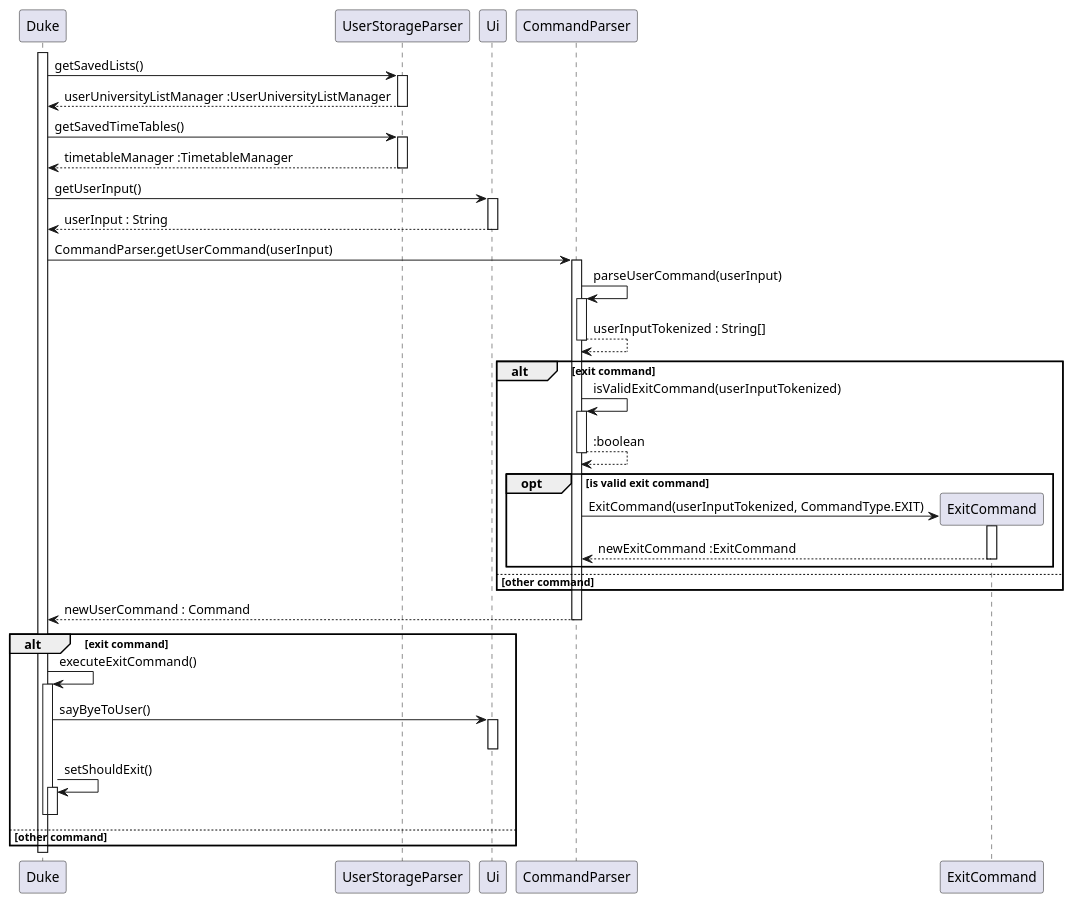
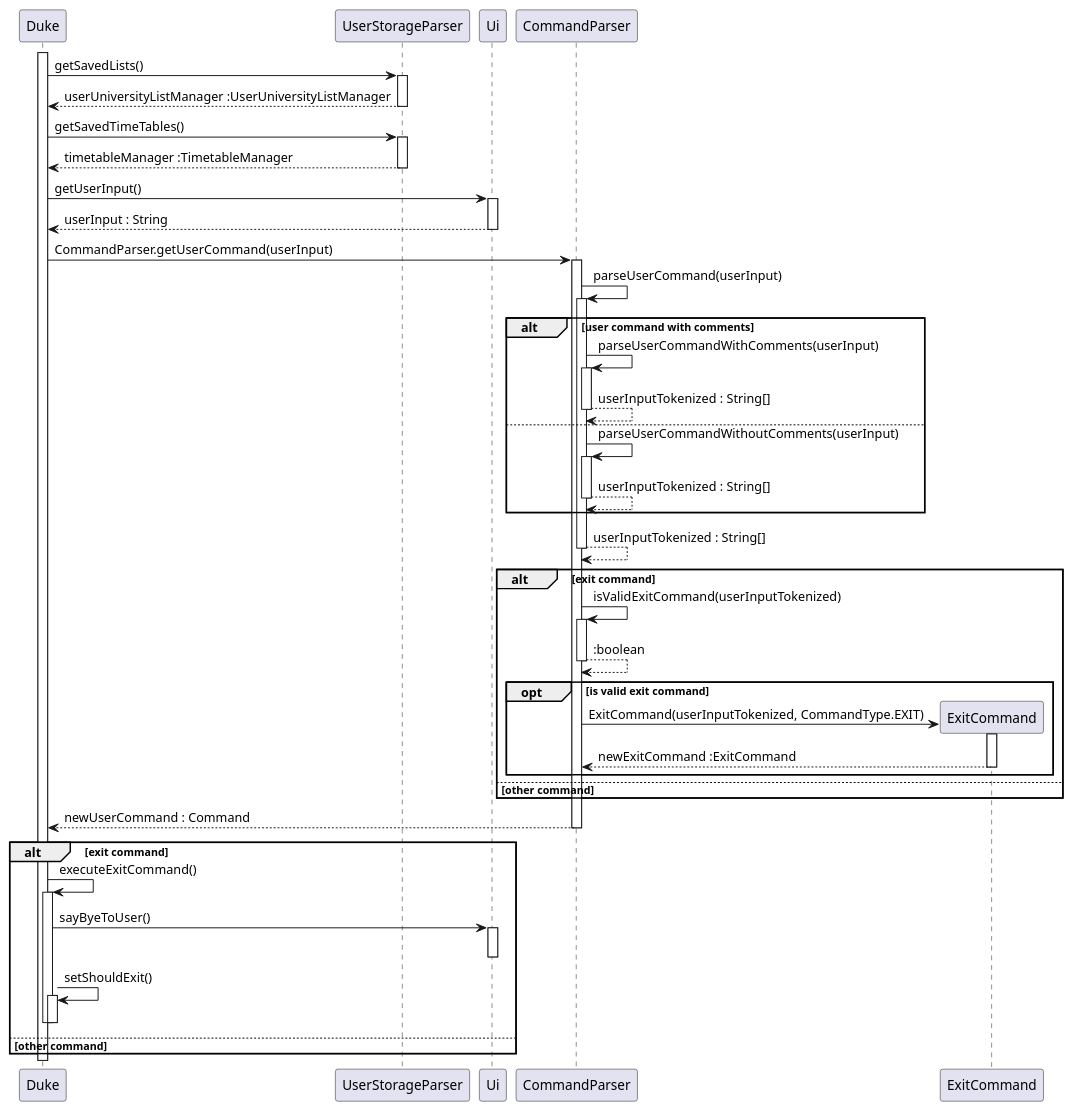
The diagram in docs/diagrams/ExitCommand_Sequence.puml (nus-cs2113-AY2223S1/tp), drawn with PlantUML before and after one commit. The commit also changed 16 other files, not shown here.

Commit message:
Update sequence diagrams for commands

```diff
--- a/docs/diagrams/ExitCommand_Sequence.puml
+++ b/docs/diagrams/ExitCommand_Sequence.puml
@@ -1,77 +1,92 @@
 @startuml
 
 activate Duke
 
 Duke -> UserStorageParser : getSavedLists()
 activate UserStorageParser
 
 UserStorageParser --> Duke : userUniversityListManager :UserUniversityListManager
 deactivate UserStorageParser
 
 Duke -> UserStorageParser : getSavedTimeTables()
 activate UserStorageParser
 
 UserStorageParser --> Duke : timetableManager :TimetableManager
 deactivate UserStorageParser
 
 Duke -> Ui : getUserInput()
 activate Ui
 
 Ui --> Duke : userInput : String
 deactivate Ui
 
 Duke -> CommandParser : CommandParser.getUserCommand(userInput)
 activate CommandParser
 
 CommandParser -> CommandParser : parseUserCommand(userInput)
 activate CommandParser
+
+alt user command with comments
+    CommandParser -> CommandParser : parseUserCommandWithComments(userInput)
+    activate CommandParser
+
+    CommandParser --> CommandParser : userInputTokenized : String[]
+    deactivate CommandParser
+
+else
+    CommandParser -> CommandParser : parseUserCommandWithoutComments(userInput)
+    activate CommandParser
+
+    CommandParser --> CommandParser : userInputTokenized : String[]
+    deactivate CommandParser 
+end
 
 CommandParser --> CommandParser : userInputTokenized : String[]
 deactivate CommandParser
 
 alt exit command
 
     CommandParser -> CommandParser : isValidExitCommand(userInputTokenized)
     activate CommandParser
 
     CommandParser --> CommandParser : :boolean
     deactivate CommandParser
 
     opt is valid exit command
 
         create ExitCommand
         CommandParser -> ExitCommand : ExitCommand(userInputTokenized, CommandType.EXIT)
         activate ExitCommand
 
         ExitCommand --> CommandParser : newExitCommand :ExitCommand
         deactivate ExitCommand
     end
 
 else other command
 
 end
 
 CommandParser --> Duke : newUserCommand : Command
 deactivate CommandParser
 
 alt exit command
 
 Duke -> Duke : executeExitCommand()
 activate Duke
 
    Duke -> Ui : sayByeToUser()
    activate Ui
 
    deactivate Ui
 
    Duke -> Duke : setShouldExit()
    activate Duke
 
    deactivate Duke
 
 deactivate Duke
 else other command
 end
 deactivate Duke
 
 @enduml
```
